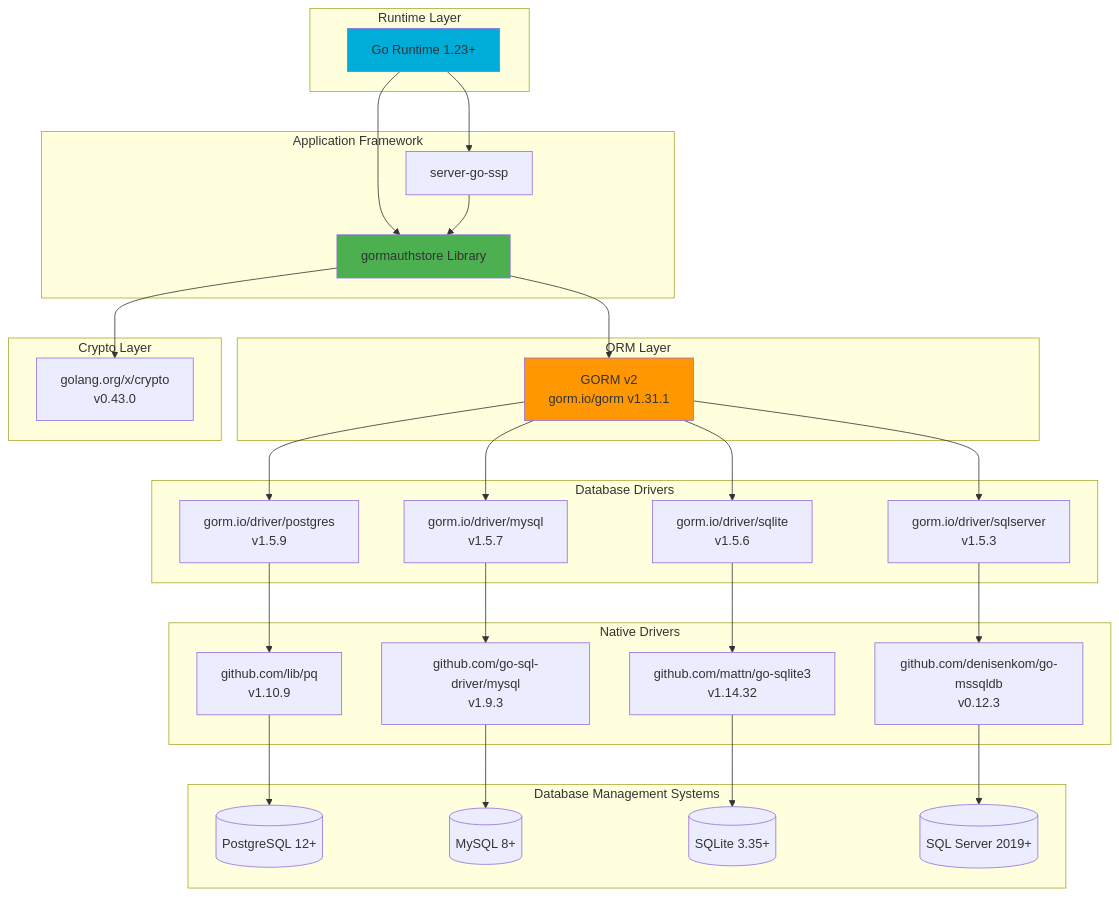
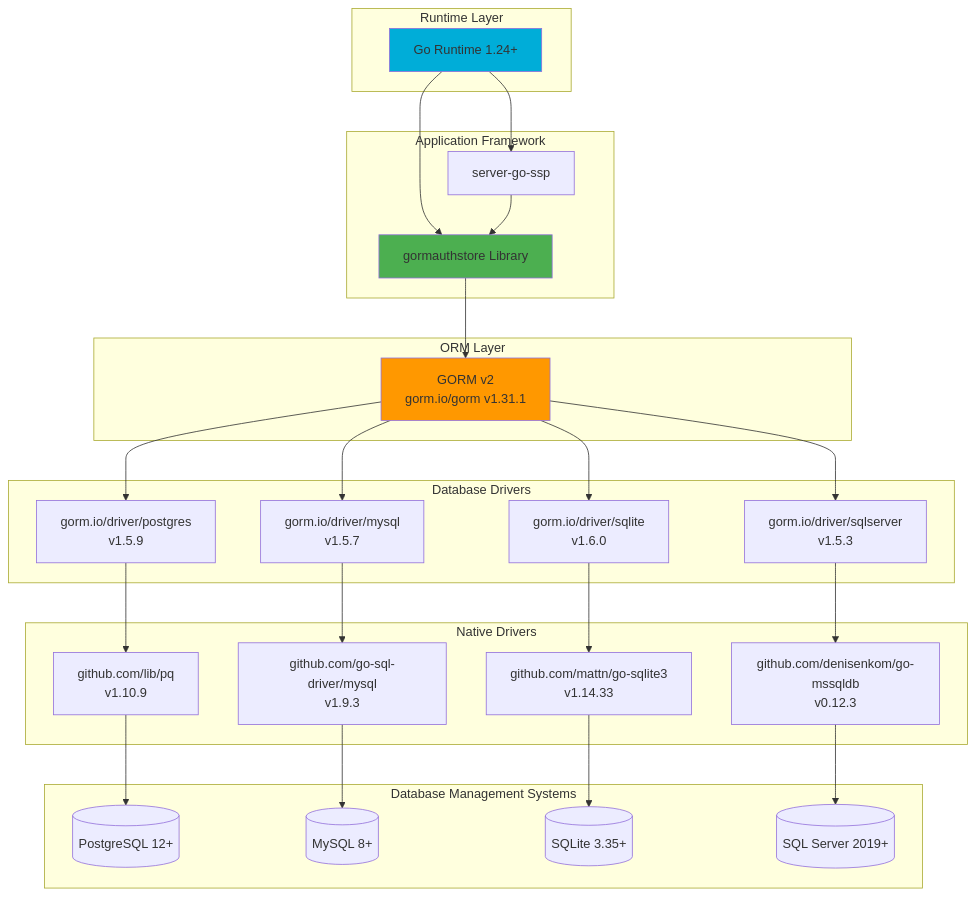
Before and after one commit to dxcSithLord/server-go-ssp-gormauthstore: the eighth of 16 diagrams in docs/ARCHITECTURE.md, drawn with Mermaid. The commit also changed other lines of this file and 15 other files, not shown here.

````diff
--- a/docs/ARCHITECTURE.md
+++ b/docs/ARCHITECTURE.md
@@ -379,66 +380,61 @@
 ```mermaid
 graph TB
     subgraph "Runtime Layer"
-        GO[Go Runtime 1.23+]
+        GO[Go Runtime 1.24+]
     end
 
     subgraph "Application Framework"
         LIB[gormauthstore Library]
         SSP[server-go-ssp]
     end
 
     subgraph "ORM Layer"
         GORM2[GORM v2<br/>gorm.io/gorm v1.31.1]
     end
 
     subgraph "Database Drivers"
         DRV_PG[gorm.io/driver/postgres<br/>v1.5.9]
         DRV_MY[gorm.io/driver/mysql<br/>v1.5.7]
-        DRV_SQ[gorm.io/driver/sqlite<br/>v1.5.6]
+        DRV_SQ[gorm.io/driver/sqlite<br/>v1.6.0]
         DRV_MS[gorm.io/driver/sqlserver<br/>v1.5.3]
     end
 
     subgraph "Native Drivers"
         PQ[github.com/lib/pq<br/>v1.10.9]
         MY[github.com/go-sql-driver/mysql<br/>v1.9.3]
-        SQ3[github.com/mattn/go-sqlite3<br/>v1.14.32]
+        SQ3[github.com/mattn/go-sqlite3<br/>v1.14.33]
         MSSQL[github.com/denisenkom/go-mssqldb<br/>v0.12.3]
-    end
-
-    subgraph "Crypto Layer"
-        XCRY[golang.org/x/crypto<br/>v0.43.0]
     end
 
     subgraph "Database Management Systems"
         PG_DB[(PostgreSQL 12+)]
         MY_DB[(MySQL 8+)]
         SQ_DB[(SQLite 3.35+)]
         MS_DB[(SQL Server 2019+)]
     end
 
     GO --> LIB
     GO --> SSP
     SSP --> LIB
 
     LIB --> GORM2
-    LIB --> XCRY
 
     GORM2 --> DRV_PG
     GORM2 --> DRV_MY
     GORM2 --> DRV_SQ
     GORM2 --> DRV_MS
 
     DRV_PG --> PQ
     DRV_MY --> MY
     DRV_SQ --> SQ3
     DRV_MS --> MSSQL
 
     PQ --> PG_DB
     MY --> MY_DB
     SQ3 --> SQ_DB
     MSSQL --> MS_DB
 
     style GO fill:#00ADD8
     style LIB fill:#4CAF50
     style GORM2 fill:#FF9800
 ```
````
